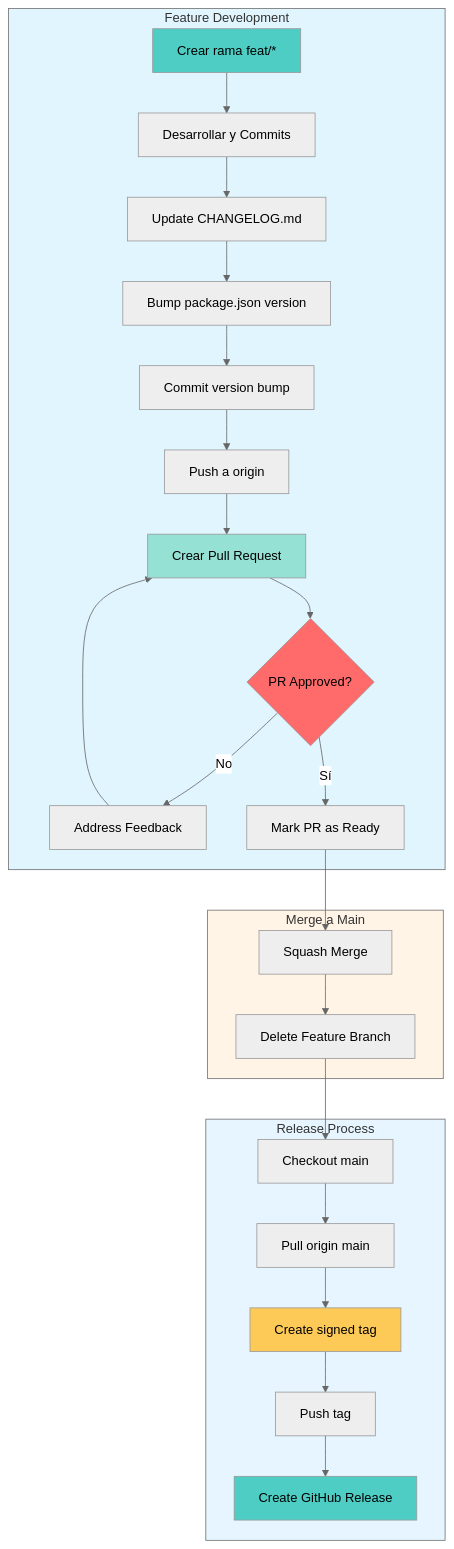
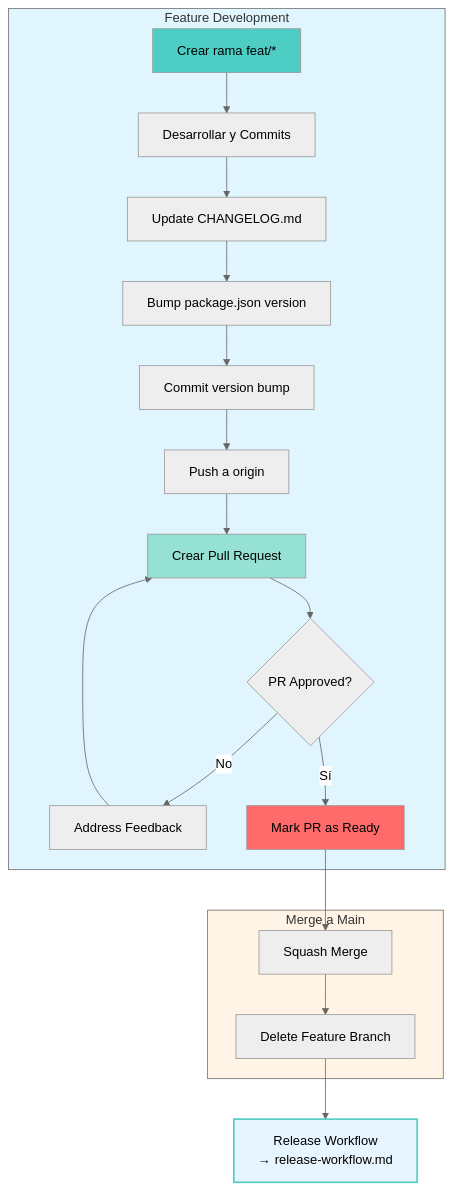
Before and after one commit to nesxtep-software/Vektra: the first of 3 diagrams in docs/manuals/development-workflow.md, drawn with Mermaid (neutral theme). The commit also changed other lines of this file and 1 other file, not shown here.

First line of the commit message:
docs: apply DRY to workflow diagrams with markdown hyperlinks

````diff
--- a/docs/manuals/development-workflow.md
+++ b/docs/manuals/development-workflow.md
@@ -24,37 +24,30 @@
 ```mermaid
 flowchart TD
     subgraph Feature["Feature Development"]
         A[Crear rama feat/*] --> B[Desarrollar y Commits]
         B --> C[Update CHANGELOG.md]
         C --> D[Bump package.json version]
         D --> E[Commit version bump]
         E --> F[Push a origin]
         F --> G[Crear Pull Request]
         G --> H{PR Approved?}
         H -->|No| I[Address Feedback]
         I --> G
         H -->|Sí| J[Mark PR as Ready]
     end
     
     subgraph Merge["Merge a Main"]
         J --> K[Squash Merge]
         K --> L[Delete Feature Branch]
     end
     
-    subgraph Release["Release Process"]
-        L --> M[Checkout main]
-        M --> N[Pull origin main]
-        N --> O[Create signed tag]
-        O --> P[Push tag]
-        P --> Q[Create GitHub Release]
-    end
+    L --> M[Release Workflow<br/>→ release-workflow.md]
     
     style Feature fill:#e1f5ff
     style Merge fill:#fff4e6
-    style Release fill:#e6f5ff
+    style M fill:#e6f5ff
     style A fill:#4ecdc4
     style G fill:#95e1d3
-    style H fill:#ff6b6b
-    style O fill:#feca57
-    style Q fill:#4ecdc4
+    style J fill:#ff6b6b
+    style M stroke:#4ecdc4,stroke-width:2px
 ```
````
